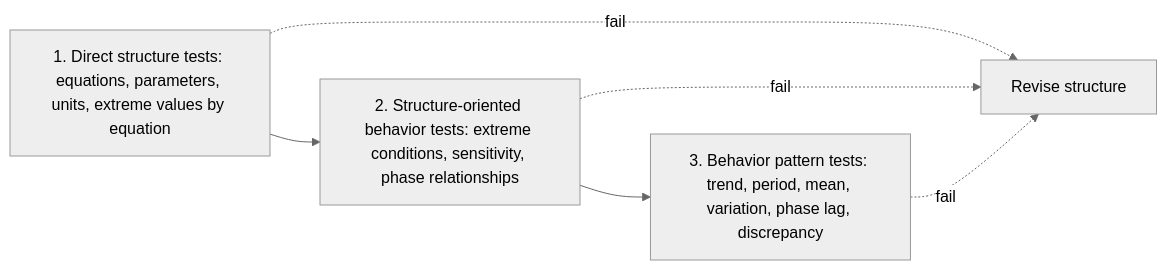
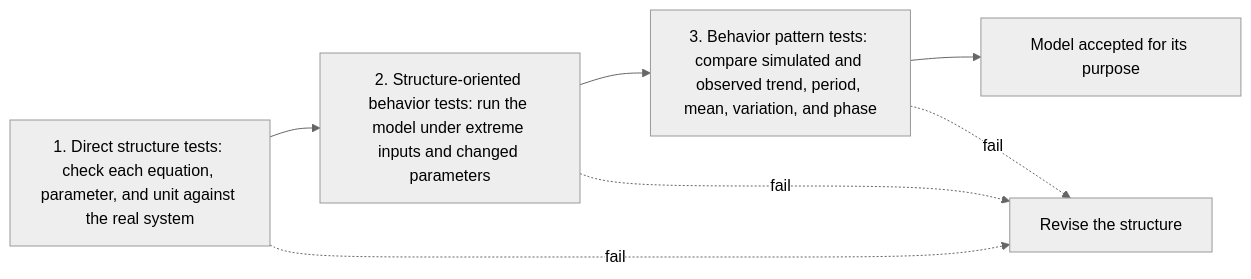
The diagram in content/Phase II/Wiki/Collections/Supplementary Research Papers/1996 Model Validity in System Dynamics.md (bonding-curves/avalanche-phase-ii-research), drawn with Mermaid (neutral theme) before and after one commit. The commit also changed other lines of this file and 27 other files, not shown here.

First line of the commit message:
feat(collections): rewrite the remaining 26 overviews in the approved format, checked against each source

````diff
--- a/content/Phase II/Wiki/Collections/Supplementary Research Papers/1996 Model Validity in System Dynamics.md
+++ b/content/Phase II/Wiki/Collections/Supplementary Research Papers/1996 Model Validity in System Dynamics.md
@@ -16,8 +16,9 @@
 ```mermaid
 flowchart LR
-  A["1. Direct structure tests: equations, parameters, units, extreme values by equation"] --> B["2. Structure-oriented behavior tests: extreme conditions, sensitivity, phase relationships"]
-  B --> C["3. Behavior pattern tests: trend, period, mean, variation, phase lag, discrepancy"]
-  A -.->|"fail"| R["Revise structure"]
+  A["1. Direct structure tests: check each equation, parameter, and unit against the real system"] --> B["2. Structure-oriented behavior tests: run the model under extreme inputs and changed parameters"]
+  B --> C["3. Behavior pattern tests: compare simulated and observed trend, period, mean, variation, and phase"]
+  C --> V["Model accepted for its purpose"]
+  A -.->|"fail"| R["Revise the structure"]
   B -.->|"fail"| R
   C -.->|"fail"| R
 ```
````
